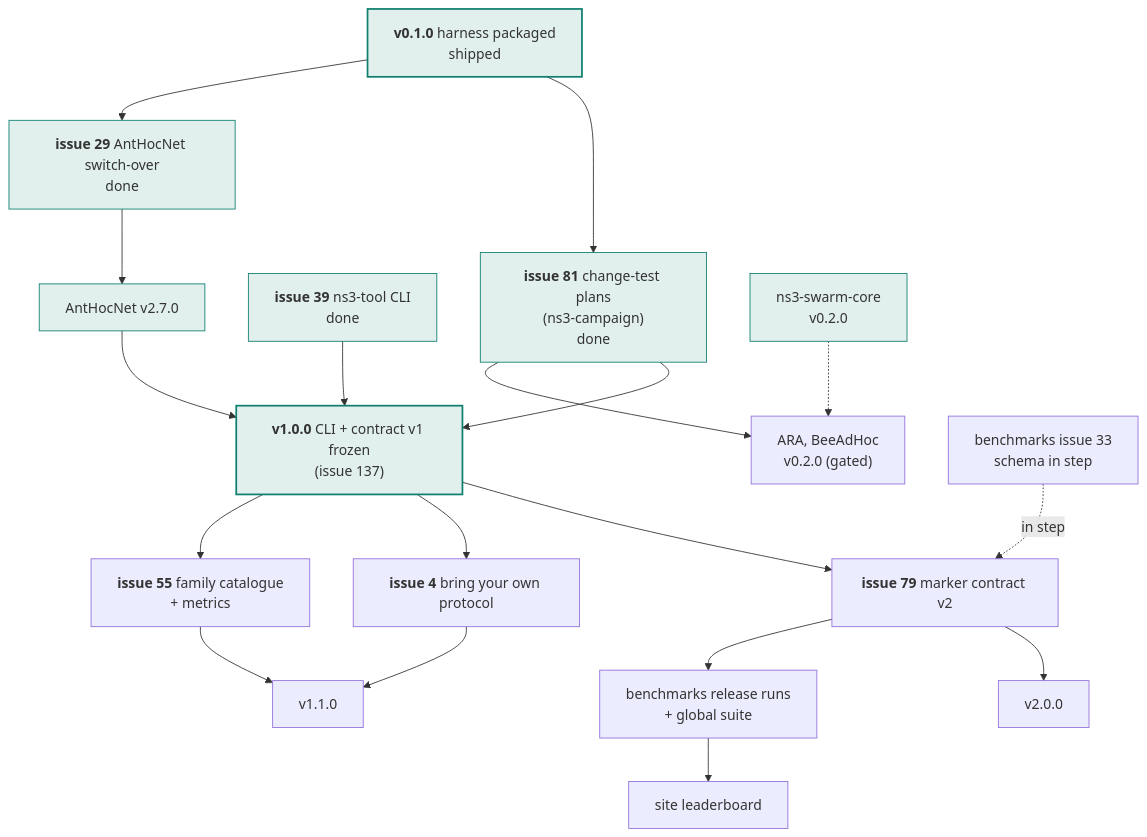
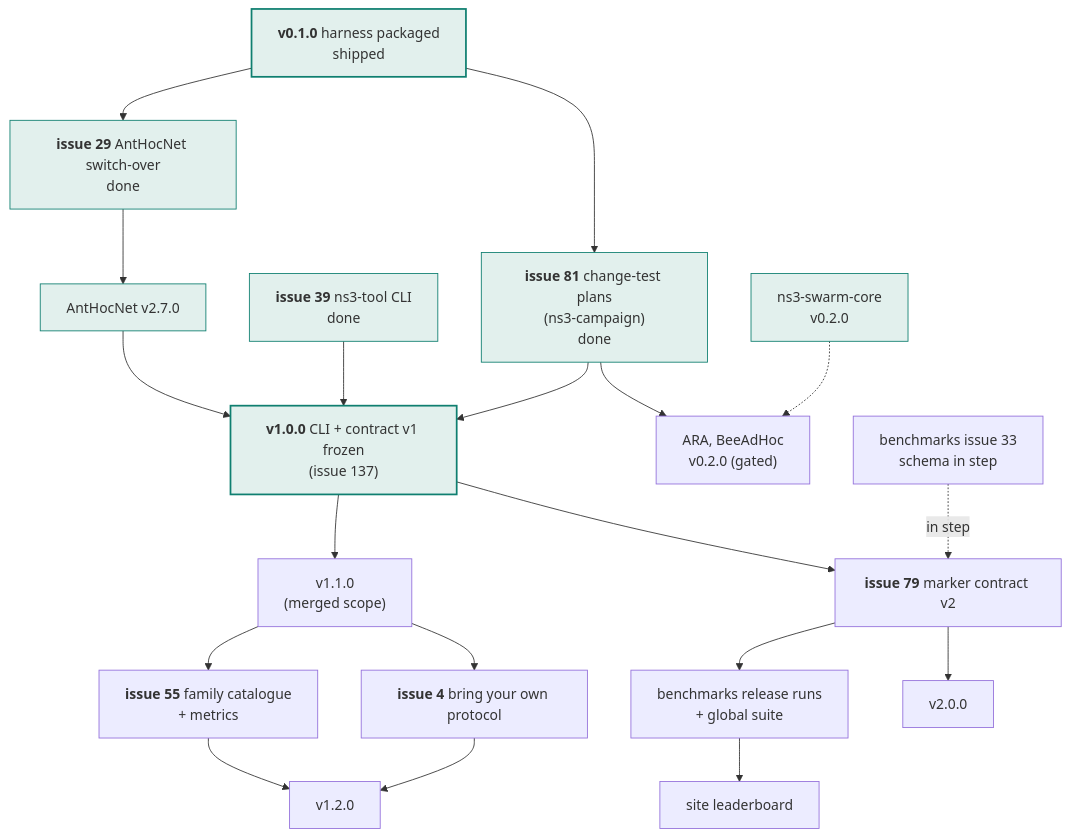
The second of 2 diagrams in docs/roadmap.md (swarm-routing/ns3-tools), drawn with Mermaid before and after one commit. The commit also changed other lines of this file, not shown here.

First line of the commit message:
docs(roadmap): re-plan the ladder: v1.1.0 ships what merged since v1.0.0, families and metrics move to v1.2.0 (#203)

````diff
--- a/docs/roadmap.md
+++ b/docs/roadmap.md
@@ -86,40 +98,41 @@
 ```mermaid
 flowchart TB
     V01["<b>v0.1.0</b> harness packaged<br/>shipped"]
     T81["<b>issue 81</b> change-test plans<br/>(ns3-campaign)<br/>done"]
     T29["<b>issue 29</b> AntHocNet switch-over<br/>done"]
     V10["<b>v1.0.0</b> CLI + contract v1 frozen<br/>(issue 137)"]
     T79["<b>issue 79</b> marker contract v2"]
     TOOLS["<b>issue 39</b> ns3-tool CLI<br/>done"]
     FAM["<b>issue 55</b> family catalogue<br/>+ metrics"]
     DOC["<b>issue 4</b> bring your own protocol"]
 
     AHN["AntHocNet v2.7.0"]
     SC["ns3-swarm-core<br/>v0.2.0"]
     PROT["ARA, BeeAdHoc<br/>v0.2.0 (gated)"]
     BEN["benchmarks issue 33<br/>schema in step"]
     LEAD["benchmarks release runs<br/>+ global suite"]
     SITE["site leaderboard"]
 
     V01 --> T29 --> AHN
     V01 --> T81
     T81 --> PROT
     SC -.-> PROT
     AHN --> V10
     TOOLS --> V10
     T81 --> V10
-    V10 --> FAM --> V11["v1.1.0"]
-    V10 --> DOC --> V11
+    V10 --> V11["v1.1.0<br/>(merged scope)"]
+    V11 --> FAM --> V12["v1.2.0"]
+    V11 --> DOC --> V12
     V10 --> T79
     BEN -.->|"in step"| T79
     T79 --> LEAD --> SITE
     T79 --> V20["v2.0.0"]
 
     style V01 fill:#e2f0ed,stroke:#0f7f70,stroke-width:2px
     style T29 fill:#e2f0ed,stroke:#0f7f70
     style T81 fill:#e2f0ed,stroke:#0f7f70
     style TOOLS fill:#e2f0ed,stroke:#0f7f70
     style SC fill:#e2f0ed,stroke:#0f7f70
     style AHN fill:#e2f0ed,stroke:#0f7f70
     style V10 fill:#e2f0ed,stroke:#0f7f70,stroke-width:2px
 ```
````
